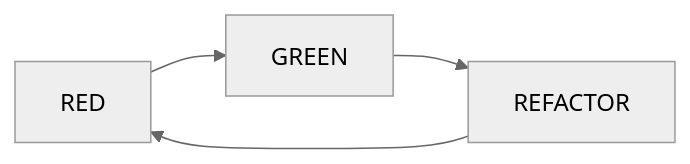
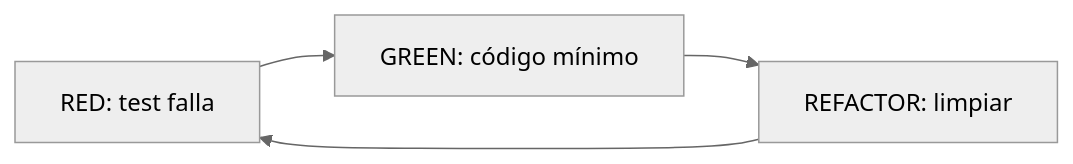
One commit to Dario-Arcos/ai-framework changed the second of 2 diagrams in human-handbook/docs/ai-first-workflow.md. Above: the diagram before and after it, drawn with Mermaid. The commit also changed other lines of this file and 2 other files, not shown here.

````diff
--- a/human-handbook/docs/ai-first-workflow.md
+++ b/human-handbook/docs/ai-first-workflow.md
@@ -114,5 +91,5 @@
 ```mermaid
 %%{init: {'theme': 'neutral'}}%%
 flowchart LR
-    R[RED] --> G[GREEN] --> RF[REFACTOR] --> R
+    R["RED: test falla"] --> G["GREEN: código mínimo"] --> RF["REFACTOR: limpiar"] --> R
 ```
````
